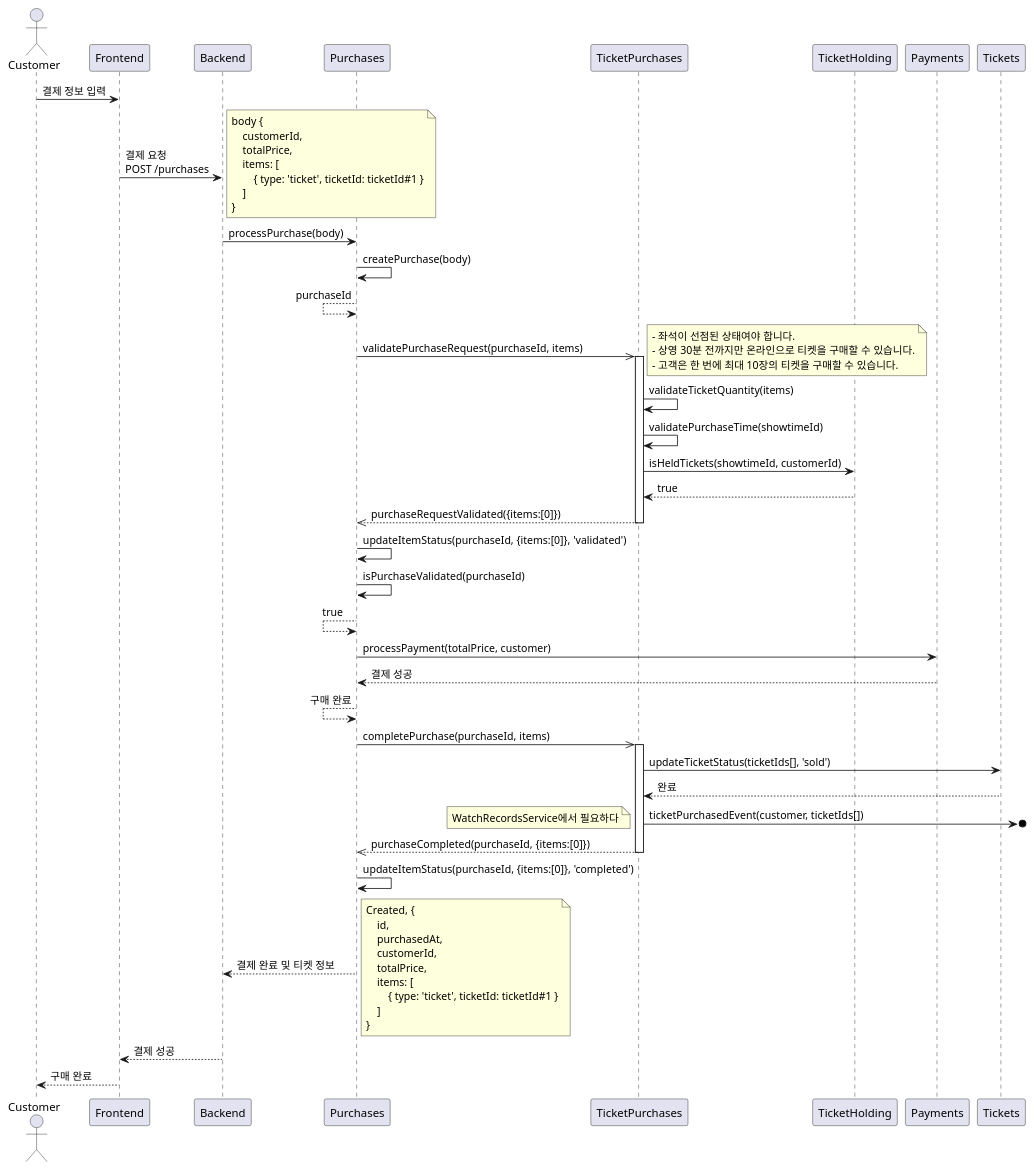
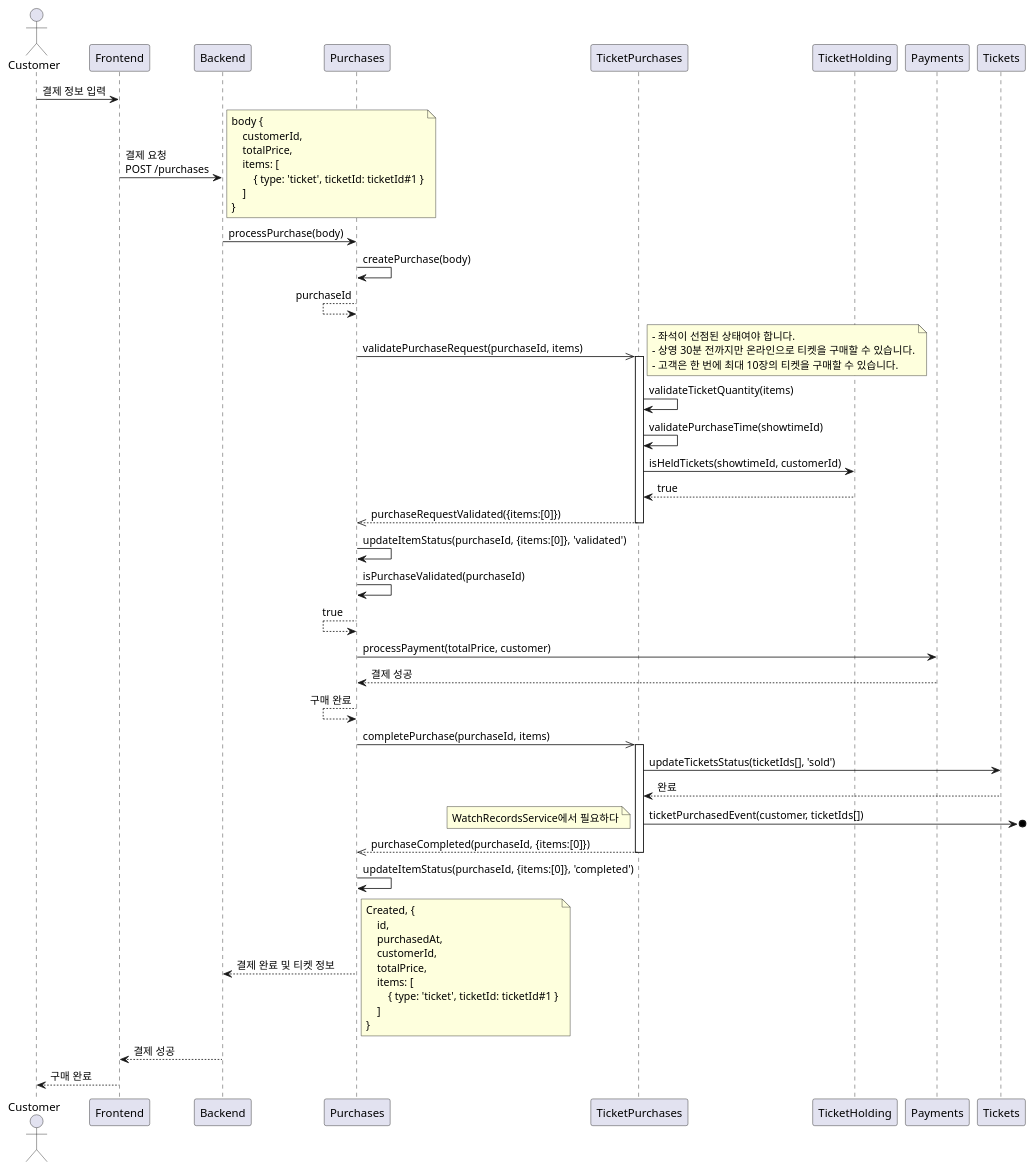
One commit to mannercode/nest-seed changed the third of 4 diagrams in docs/ko/designs/tickets-purchase.md. Above: the diagram before and after it, drawn with PlantUML. The commit also changed other lines of this file and 10 other files, not shown here.

Commit message:
refactor: rename updateTicketStatus to updateTicketsStatus for consistency

````diff
--- a/docs/ko/designs/tickets-purchase.md
+++ b/docs/ko/designs/tickets-purchase.md
@@ -181,64 +181,64 @@
 ```plantuml
 @startuml
 actor Customer
 
 Customer -> Frontend: 결제 정보 입력
     Frontend -> Backend: 결제 요청\nPOST /purchases
     note right
         body {
             customerId,
             totalPrice,
             items: [
                 { type: 'ticket', ticketId: ticketId#1 }
             ]
         }
     end note
         Backend -> Purchases: processPurchase(body)
             Purchases -> Purchases: createPurchase(body)
             Purchases <-- Purchases: purchaseId
             Purchases ->> TicketPurchases: validatePurchaseRequest(purchaseId, items)
             activate TicketPurchases
             note right
                 - 좌석이 선점된 상태여야 합니다.
                 - 상영 30분 전까지만 온라인으로 티켓을 구매할 수 있습니다.
                 - 고객은 한 번에 최대 10장의 티켓을 구매할 수 있습니다.
             end note
             TicketPurchases -> TicketPurchases: validateTicketQuantity(items)
             TicketPurchases -> TicketPurchases: validatePurchaseTime(showtimeId)
             TicketPurchases -> TicketHolding: isHeldTickets(showtimeId, customerId)
             TicketPurchases <-- TicketHolding: true
             Purchases <<-- TicketPurchases: purchaseRequestValidated({items:[0]})
             deactivate TicketPurchases
             Purchases -> Purchases: updateItemStatus(purchaseId, {items:[0]}, 'validated')
             Purchases -> Purchases: isPurchaseValidated(purchaseId)
             Purchases <-- Purchases: true
             Purchases -> Payments: processPayment(totalPrice, customer)
             Purchases <-- Payments: 결제 성공
             Purchases <-- Purchases: 구매 완료
             Purchases ->> TicketPurchases: completePurchase(purchaseId, items)
             activate TicketPurchases
-                TicketPurchases -> Tickets: updateTicketStatus(ticketIds[], 'sold')
+                TicketPurchases -> Tickets: updateTicketsStatus(ticketIds[], 'sold')
                 TicketPurchases <-- Tickets: 완료
                 TicketPurchases ->o]: ticketPurchasedEvent(customer, ticketIds[])
                 note left
                     WatchRecordsService에서 필요하다
                 end note
             Purchases <<-- TicketPurchases: purchaseCompleted(purchaseId, {items:[0]})
             deactivate TicketPurchases
             Purchases -> Purchases: updateItemStatus(purchaseId, {items:[0]}, 'completed')
         Backend <-- Purchases: 결제 완료 및 티켓 정보
         note right
             Created, {
                 id,
                 purchasedAt,
                 customerId,
                 totalPrice,
                 items: [
                     { type: 'ticket', ticketId: ticketId#1 }
                 ]
             }
         end note
     Frontend <-- Backend: 결제 성공
 Customer <-- Frontend: 구매 완료
 @enduml
 ```
````
